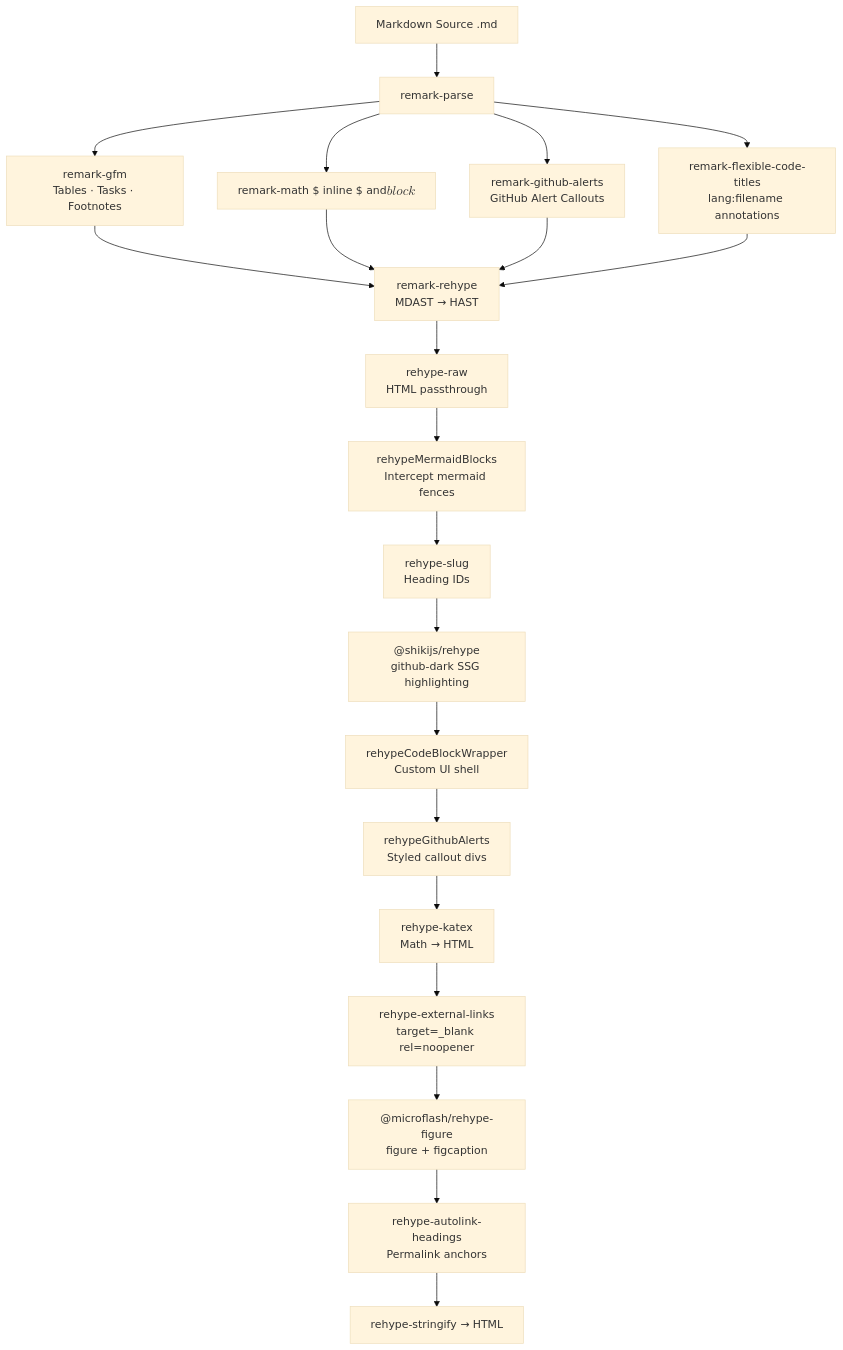
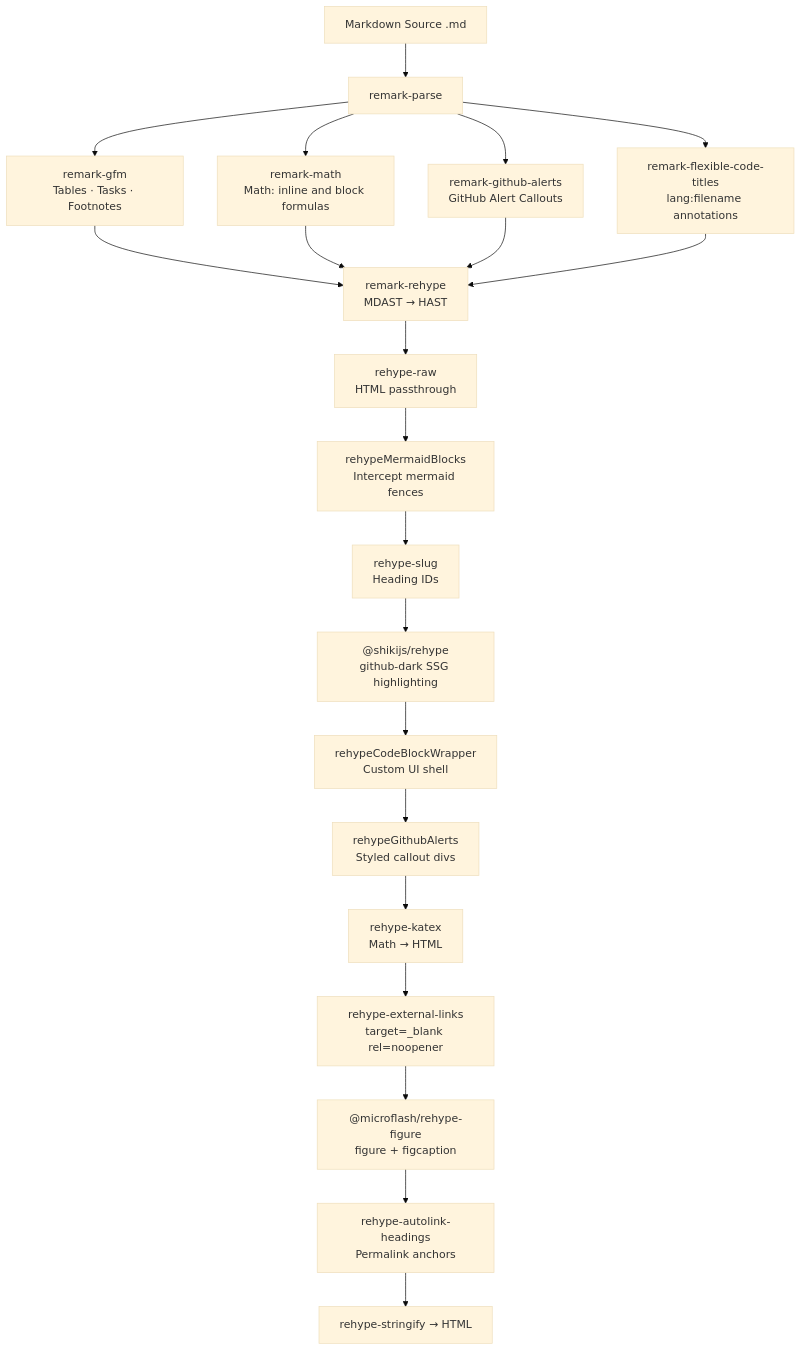
Before and after one commit to Bittu5134/bittu5134.github.io: the first of 3 diagrams in public/raw/blogs/engineering-handbook-and-syntax-showcase.md, drawn with Mermaid (base theme). The commit also changed 10 other files, not shown here.

Commit message:
fix(blog): fix Mermaid rendering, Littlefoot footnotes, restrict dark mode strictly to post pages, and resolve color contrast clashes

````diff
--- a/public/raw/blogs/engineering-handbook-and-syntax-showcase.md
+++ b/public/raw/blogs/engineering-handbook-and-syntax-showcase.md
@@ -23,20 +23,23 @@
 ```mermaid
 flowchart TD
     A["Markdown Source .md"] --> B["remark-parse"]
     B --> C["remark-gfm<br/>Tables · Tasks · Footnotes"]
-    B --> D["remark-math<br/>$ inline $ and $$ block $$"]
+    B --> D["remark-math<br/>Math: inline and block formulas"]
     B --> E["remark-github-alerts<br/>GitHub Alert Callouts"]
     B --> F["remark-flexible-code-titles<br/>lang:filename annotations"]
-    C & D & E & F --> G["remark-rehype<br/>MDAST → HAST"]
+    C --> G["remark-rehype<br/>MDAST → HAST"]
+    D --> G
+    E --> G
+    F --> G
     G --> H["rehype-raw<br/>HTML passthrough"]
     H --> I["rehypeMermaidBlocks<br/>Intercept mermaid fences"]
     I --> J["rehype-slug<br/>Heading IDs"]
     J --> K["@shikijs/rehype<br/>github-dark SSG highlighting"]
     K --> L["rehypeCodeBlockWrapper<br/>Custom UI shell"]
     L --> M["rehypeGithubAlerts<br/>Styled callout divs"]
     M --> N["rehype-katex<br/>Math → HTML"]
     N --> O["rehype-external-links<br/>target=_blank rel=noopener"]
     O --> P["@microflash/rehype-figure<br/>figure + figcaption"]
     P --> Q["rehype-autolink-headings<br/>Permalink anchors"]
     Q --> R["rehype-stringify → HTML"]
 ```
````
